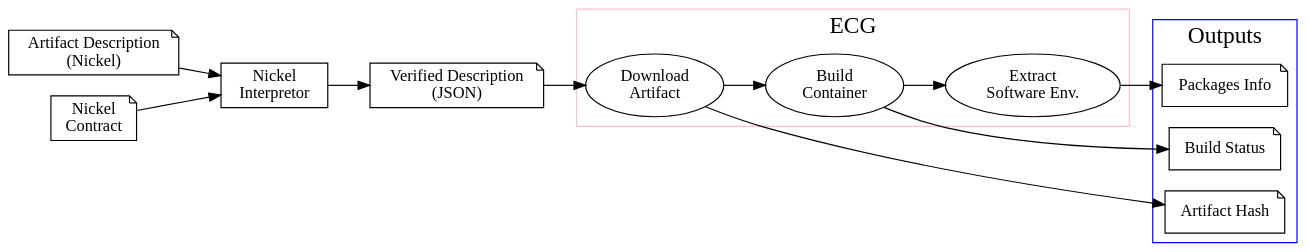
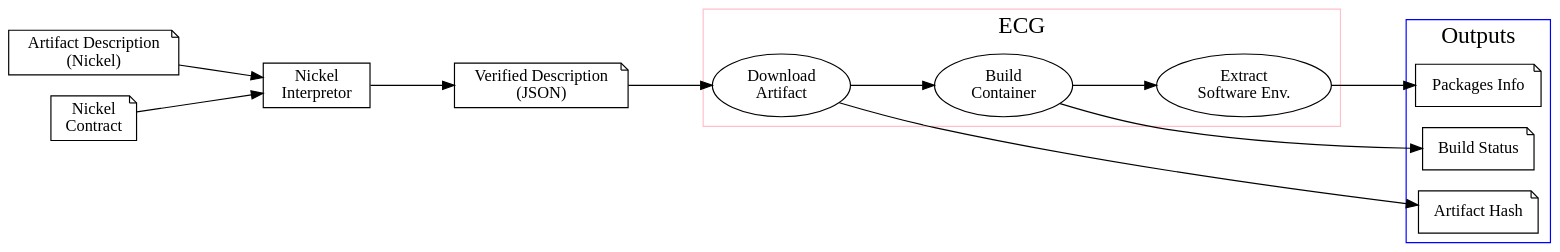
Before and after one commit to GuilloteauQ/acm-rep25: the diagram in src/figs/workflow.dot, drawn with Graphviz. The commit also changed 5 other files, not shown here.

```diff
--- a/src/figs/workflow.dot
+++ b/src/figs/workflow.dot
@@ -1,45 +1,48 @@
 digraph G {
   graph [fontname = "Handlee"];
   node [fontname = "Handlee"];
   edge [fontname = "Handlee"];
 
   bgcolor=transparent;
-  rankdir="LR"
+  rankdir="LR";
+  ratio = compress;
+  ranksep=1;
+  //peripheries=0;
 
   subgraph cluster_0 {
     //style=filled;
     color=pink;
     download -> build -> extract
     label = "ECG";
     fontsize = 20;
   }
 
   subgraph cluster_1 {
     node [shape=note];
     build_status, artifact_hash, package_list;
     label = "Outputs";
     fontsize = 20;
     color=blue
   }
   
   desc_nickel -> nickel;
   contract -> nickel;
   nickel -> desc_json;
   desc_json -> download;
   download -> artifact_hash;
   build -> build_status;
   extract -> package_list;
   
   desc_nickel [label="Artifact Description\n(Nickel)", shape=note];
   desc_json [label="Verified Description\n(JSON)", shape=note];
   contract [label="Nickel\nContract", shape=note];
   nickel [label="Nickel\nInterpretor", shape=rect];
   
   download [label="Download\nArtifact"];
   build [label="Build\nContainer"];
   extract [label="Extract\nSoftware Env."];
   
   package_list [label="Packages Info"];
   build_status [label="Build Status"];
   artifact_hash [label="Artifact Hash"];
 }
```
